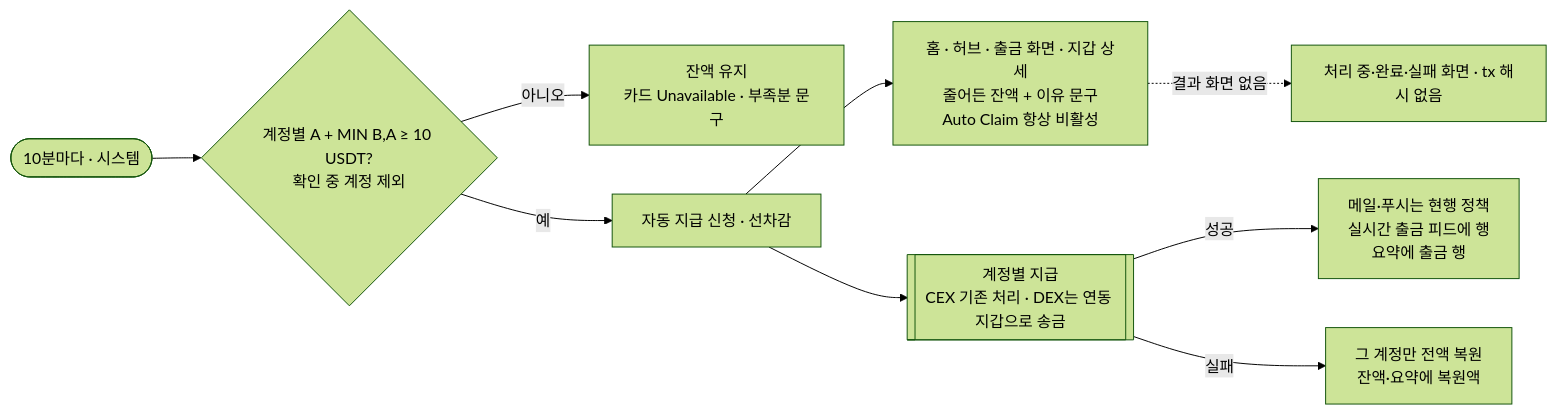
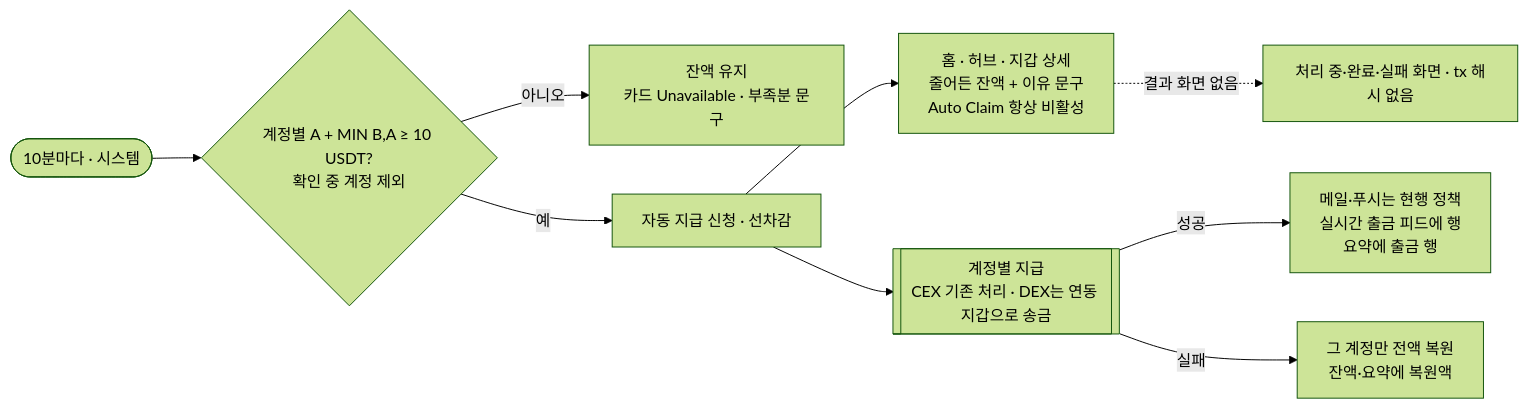
The fourth of 6 diagrams in 02.기획문서/정보구조도_사용자.md (matthewforwork1213-collab/dex), drawn with Mermaid (forest theme) before and after one commit. The commit also changed other lines of this file and 2014 other files, not shown here.

````diff
--- a/02.기획문서/정보구조도_사용자.md
+++ b/02.기획문서/정보구조도_사용자.md
@@ -202,11 +199,11 @@
 ```mermaid
 flowchart LR
     T([10분마다 · 시스템]) --> E{계정별 A + MIN B,A ≥ 10 USDT?<br/>확인 중 계정 제외}
     E -->|아니오| KEEP[잔액 유지<br/>카드 Unavailable · 부족분 문구]
     E -->|예| REQ[자동 지급 신청 · 선차감]
-    REQ --> VIEW[홈 · 허브 · 출금 화면 · 지갑 상세<br/>줄어든 잔액 + 이유 문구<br/>Auto Claim 항상 비활성]
+    REQ --> VIEW[홈 · 허브 · 지갑 상세<br/>줄어든 잔액 + 이유 문구<br/>Auto Claim 항상 비활성]
     REQ --> PAY[[계정별 지급<br/>CEX 기존 처리 · DEX는 연동 지갑으로 송금]]
     PAY -->|성공| OK[메일·푸시는 현행 정책<br/>실시간 출금 피드에 행<br/>요약에 출금 행]
     PAY -->|실패| FAIL[그 계정만 전액 복원<br/>잔액·요약에 복원액]
     VIEW -.->|결과 화면 없음| NO[처리 중·완료·실패 화면 · tx 해시 없음]
 ```
````
